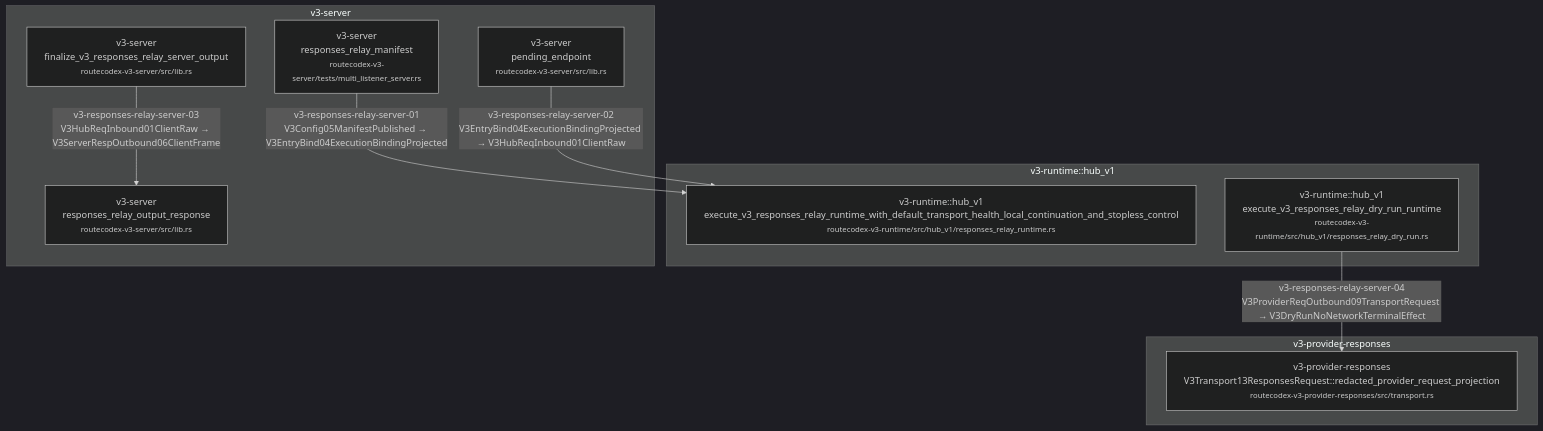
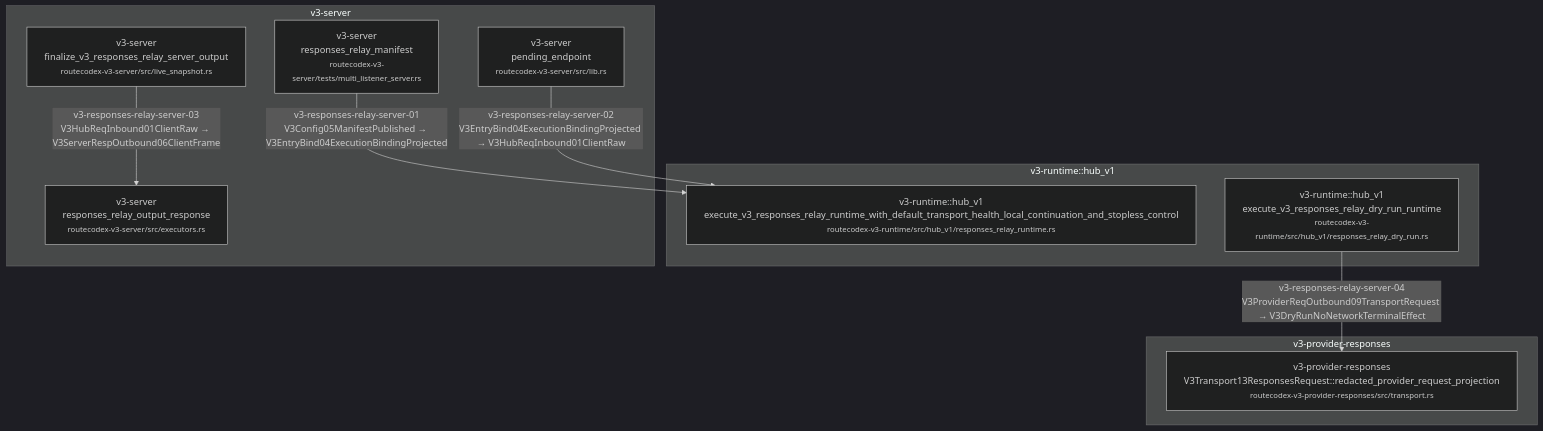
Diagram 37 of 58 in docs/architecture/wiki/v3-mainline-caller-flow.md (Jasonzhangf/routecodex), drawn with Mermaid (dark theme) before and after one commit. The commit also changed other lines of this file and 15 other files, not shown here.

````diff
--- a/docs/architecture/wiki/v3-mainline-caller-flow.md
+++ b/docs/architecture/wiki/v3-mainline-caller-flow.md
@@ -1520,20 +1520,20 @@
 ```mermaid
 flowchart TD
   subgraph c_35_v3_responses_relay_source_server_entry_m_v3_provider_responses["v3-provider-responses"]
     c_35_v3_responses_relay_source_server_entry_6["v3-provider-responses<br/>V3Transport13ResponsesRequest::redacted_provider_request_projection<br/><small>routecodex-v3-provider-responses/src/transport.rs</small>"]
   end
   subgraph c_35_v3_responses_relay_source_server_entry_m_v3_runtime__hub_v1["v3-runtime::hub_v1"]
     c_35_v3_responses_relay_source_server_entry_1["v3-runtime::hub_v1<br/>execute_v3_responses_relay_runtime_with_default_transport_health_local_continuation_and_stopless_control<br/><small>routecodex-v3-runtime/src/hub_v1/responses_relay_runtime.rs</small>"]
     c_35_v3_responses_relay_source_server_entry_5["v3-runtime::hub_v1<br/>execute_v3_responses_relay_dry_run_runtime<br/><small>routecodex-v3-runtime/src/hub_v1/responses_relay_dry_run.rs</small>"]
   end
   subgraph c_35_v3_responses_relay_source_server_entry_m_v3_server["v3-server"]
     c_35_v3_responses_relay_source_server_entry_0["v3-server<br/>responses_relay_manifest<br/><small>routecodex-v3-server/tests/multi_listener_server.rs</small>"]
     c_35_v3_responses_relay_source_server_entry_2["v3-server<br/>pending_endpoint<br/><small>routecodex-v3-server/src/lib.rs</small>"]
-    c_35_v3_responses_relay_source_server_entry_3["v3-server<br/>finalize_v3_responses_relay_server_output<br/><small>routecodex-v3-server/src/lib.rs</small>"]
-    c_35_v3_responses_relay_source_server_entry_4["v3-server<br/>responses_relay_output_response<br/><small>routecodex-v3-server/src/lib.rs</small>"]
+    c_35_v3_responses_relay_source_server_entry_3["v3-server<br/>finalize_v3_responses_relay_server_output<br/><small>routecodex-v3-server/src/live_snapshot.rs</small>"]
+    c_35_v3_responses_relay_source_server_entry_4["v3-server<br/>responses_relay_output_response<br/><small>routecodex-v3-server/src/executors.rs</small>"]
   end
   c_35_v3_responses_relay_source_server_entry_0 -->|v3-responses-relay-server-01<br/>V3Config05ManifestPublished → V3EntryBind04ExecutionBindingProjected| c_35_v3_responses_relay_source_server_entry_1
   c_35_v3_responses_relay_source_server_entry_2 -->|v3-responses-relay-server-02<br/>V3EntryBind04ExecutionBindingProjected → V3HubReqInbound01ClientRaw| c_35_v3_responses_relay_source_server_entry_1
   c_35_v3_responses_relay_source_server_entry_3 -->|v3-responses-relay-server-03<br/>V3HubReqInbound01ClientRaw → V3ServerRespOutbound06ClientFrame| c_35_v3_responses_relay_source_server_entry_4
   c_35_v3_responses_relay_source_server_entry_5 -->|v3-responses-relay-server-04<br/>V3ProviderReqOutbound09TransportRequest → V3DryRunNoNetworkTerminalEffect| c_35_v3_responses_relay_source_server_entry_6
 ```
````
